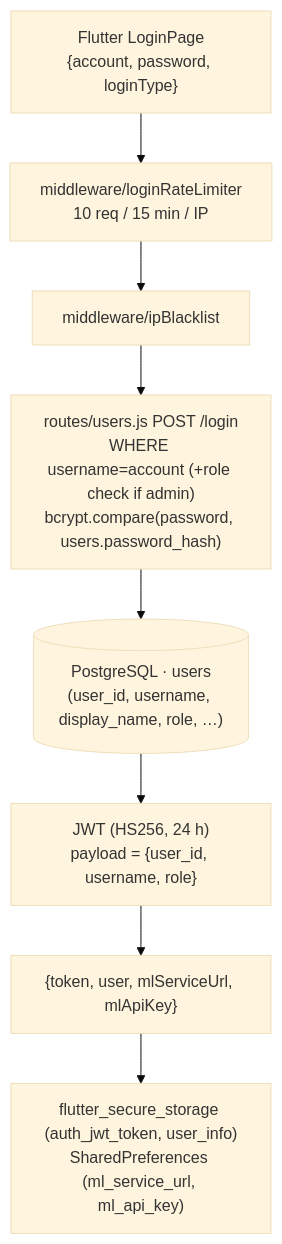
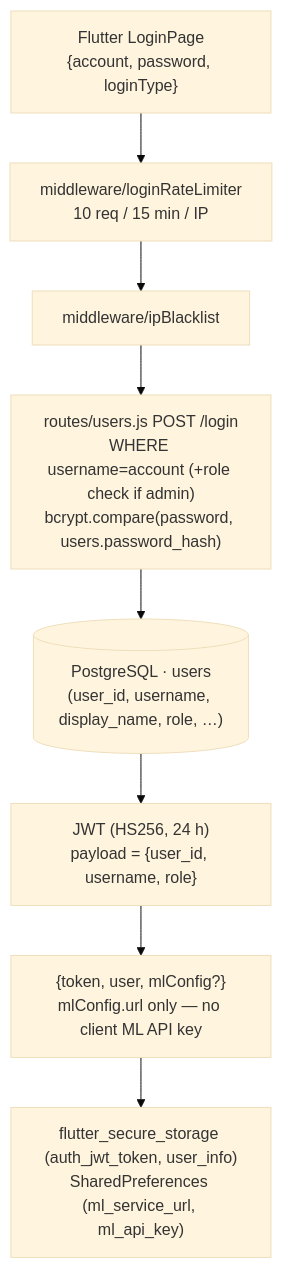
Before and after one commit to icmnlab/tree-project-backend: the second of 9 diagrams in README.md, drawn with Mermaid (base theme). The commit also changed other lines of this file and 1 other file, not shown here.

Commit message:
docs: fix webhook diagram and point to frontend doc hub

````diff
--- a/README.md
+++ b/README.md
@@ -67,12 +71,12 @@
 ```mermaid
 flowchart TB
   fp["Flutter LoginPage<br/>{account, password, loginType}"]
   rl["middleware/loginRateLimiter<br/>10 req / 15 min / IP"]
   bl["middleware/ipBlacklist"]
   rt["routes/users.js POST /login<br/>WHERE username=account (+role check if admin)<br/>bcrypt.compare(password, users.password_hash)"]
   db[("PostgreSQL · users<br/>(user_id, username, display_name, role, …)")]
   jwt["JWT (HS256, 24 h)<br/>payload = {user_id, username, role}"]
-  resp["{token, user, mlServiceUrl, mlApiKey}"]
+  resp["{token, user, mlConfig?}<br/>mlConfig.url only — no client ML API key"]
   st["flutter_secure_storage (auth_jwt_token, user_info)<br/>SharedPreferences (ml_service_url, ml_api_key)"]
   fp --> rl --> bl --> rt --> db --> jwt --> resp --> st
 ```
````
